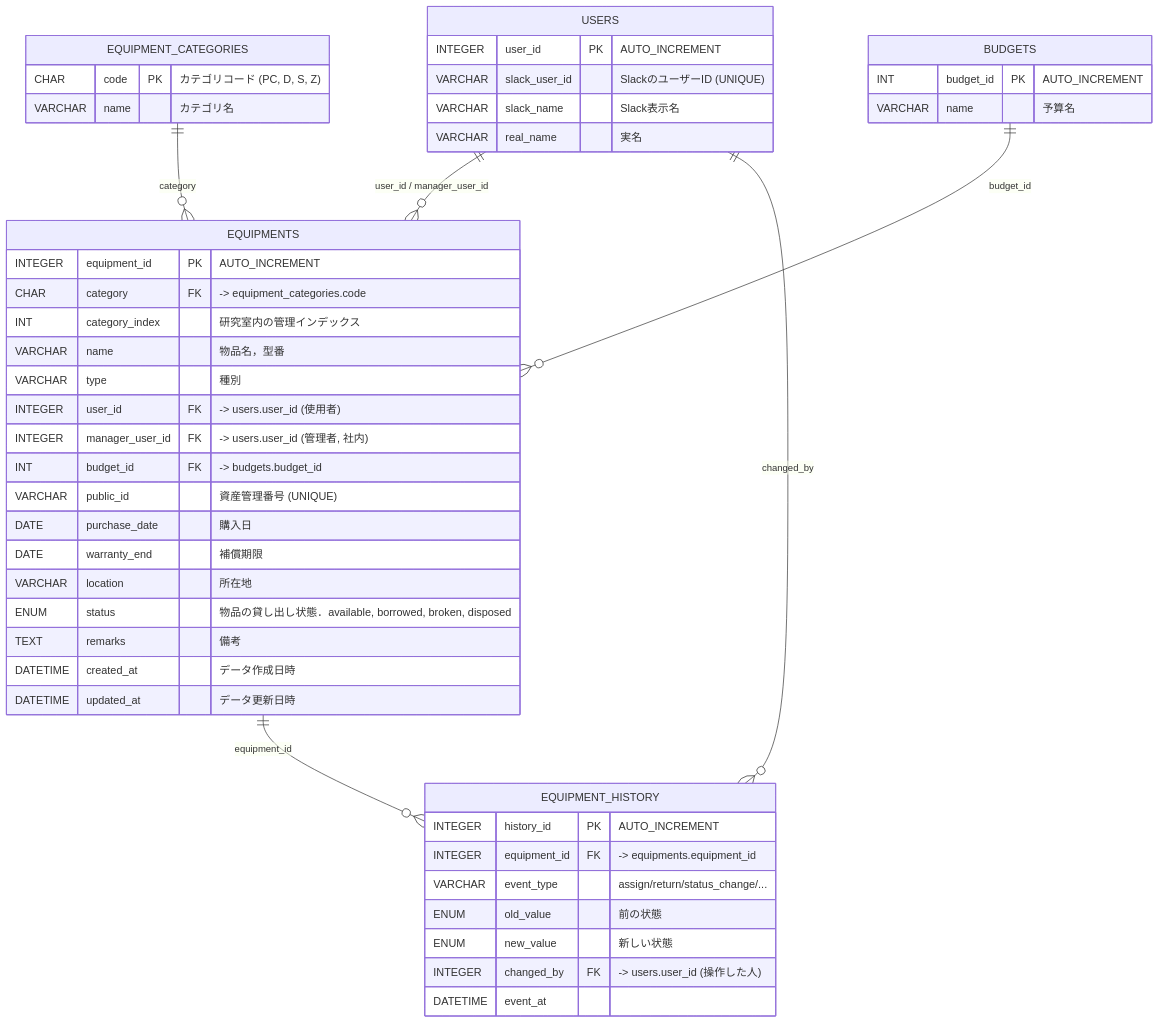
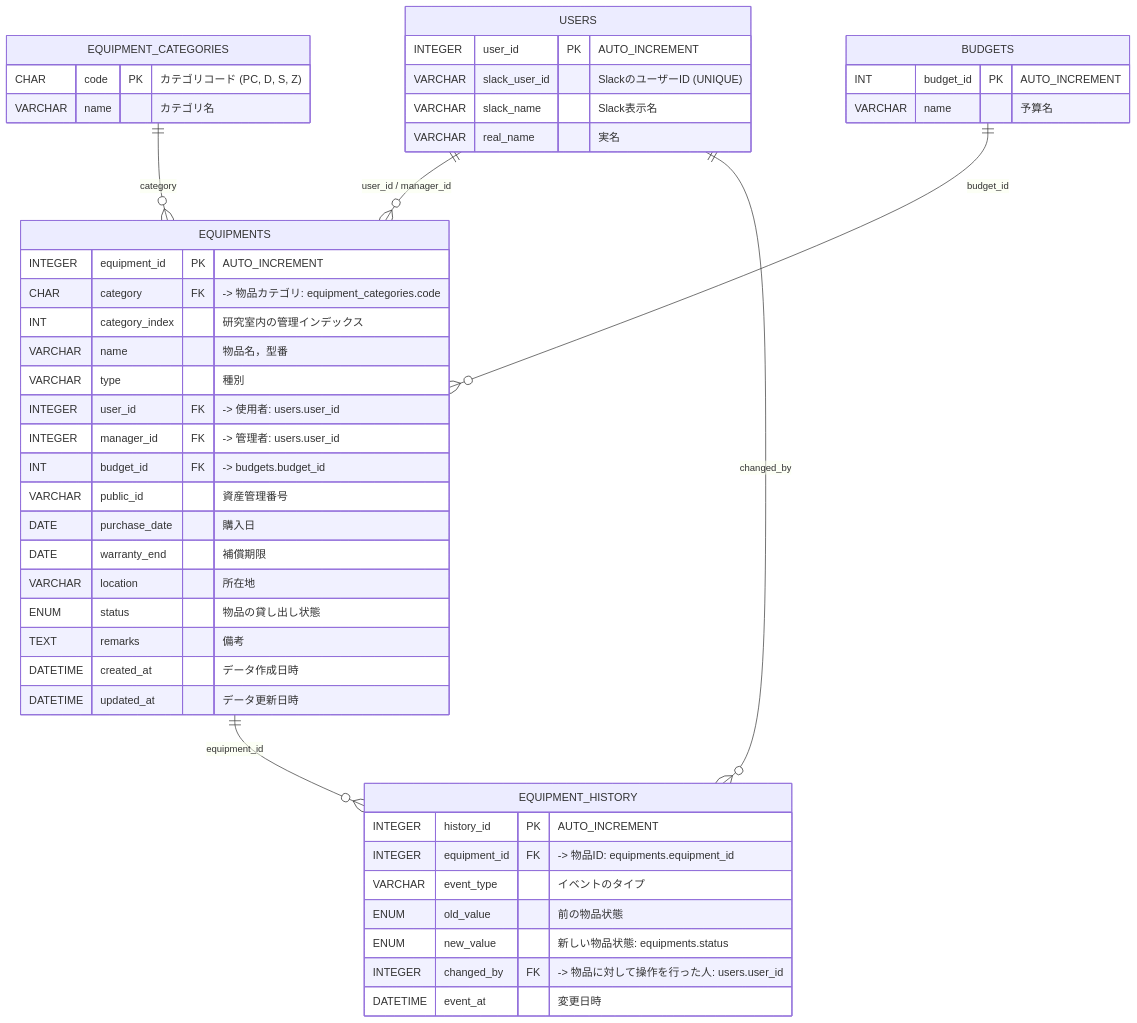
The diagram in docs/er.md (posl/posl-equipment-manager), drawn with Mermaid before and after one commit. The commit also changed other lines of this file, not shown here.

Commit message:
[docs] er図: テーブル定義と図を再度修正

````diff
--- a/docs/er.md
+++ b/docs/er.md
@@ -94,55 +115,55 @@
 ```mermaid
 erDiagram
-    USERS ||--o{ EQUIPMENTS : "user_id / manager_user_id"
+    USERS ||--o{ EQUIPMENTS : "user_id / manager_id"
     EQUIPMENT_CATEGORIES ||--o{ EQUIPMENTS : "category"
     BUDGETS ||--o{ EQUIPMENTS : "budget_id"
     EQUIPMENTS ||--o{ EQUIPMENT_HISTORY : "equipment_id"
     USERS ||--o{ EQUIPMENT_HISTORY : "changed_by"
 
     USERS {
         INTEGER user_id PK "AUTO_INCREMENT"
         VARCHAR slack_user_id "SlackのユーザーID (UNIQUE)"
         VARCHAR slack_name "Slack表示名"
         VARCHAR real_name "実名"
     }
 
     EQUIPMENT_CATEGORIES {
         CHAR code PK "カテゴリコード (PC, D, S, Z)"
         VARCHAR name "カテゴリ名"
     }
 
     BUDGETS {
         INT budget_id PK "AUTO_INCREMENT"
         VARCHAR name "予算名"
     }
 
     EQUIPMENTS {
         INTEGER equipment_id PK "AUTO_INCREMENT"
-        CHAR category FK "-> equipment_categories.code"
+        CHAR category FK "-> 物品カテゴリ: equipment_categories.code"
         INT category_index "研究室内の管理インデックス"
         VARCHAR name "物品名，型番"
         VARCHAR type "種別"
-        INTEGER user_id FK "-> users.user_id (使用者)"
-        INTEGER manager_user_id FK "-> users.user_id (管理者, 社内)"
+        INTEGER user_id FK "-> 使用者: users.user_id"
+        INTEGER manager_id FK "-> 管理者: users.user_id"
         INT budget_id FK "-> budgets.budget_id"
-        VARCHAR public_id "資産管理番号 (UNIQUE)"
+        VARCHAR public_id "資産管理番号"
         DATE purchase_date "購入日"
         DATE warranty_end "補償期限"
         VARCHAR location "所在地"
-        ENUM status "物品の貸し出し状態．available, borrowed, broken, disposed"
+        ENUM status "物品の貸し出し状態"
         TEXT remarks "備考"
         DATETIME created_at "データ作成日時"
         DATETIME updated_at "データ更新日時"
     }
 
     EQUIPMENT_HISTORY {
         INTEGER history_id PK "AUTO_INCREMENT"
-        INTEGER equipment_id FK "-> equipments.equipment_id"
-        VARCHAR event_type "assign/return/status_change/..."
-        ENUM old_value "前の状態"
-        ENUM new_value "新しい状態"
-        INTEGER changed_by FK "-> users.user_id (操作した人)"
-        DATETIME event_at
+        INTEGER equipment_id FK "-> 物品ID: equipments.equipment_id"
+        VARCHAR event_type "イベントのタイプ"
+        ENUM old_value "前の物品状態"
+        ENUM new_value "新しい物品状態: equipments.status"
+        INTEGER changed_by FK "-> 物品に対して操作を行った人: users.user_id"
+        DATETIME event_at "変更日時"
     }
 
 ```
````
